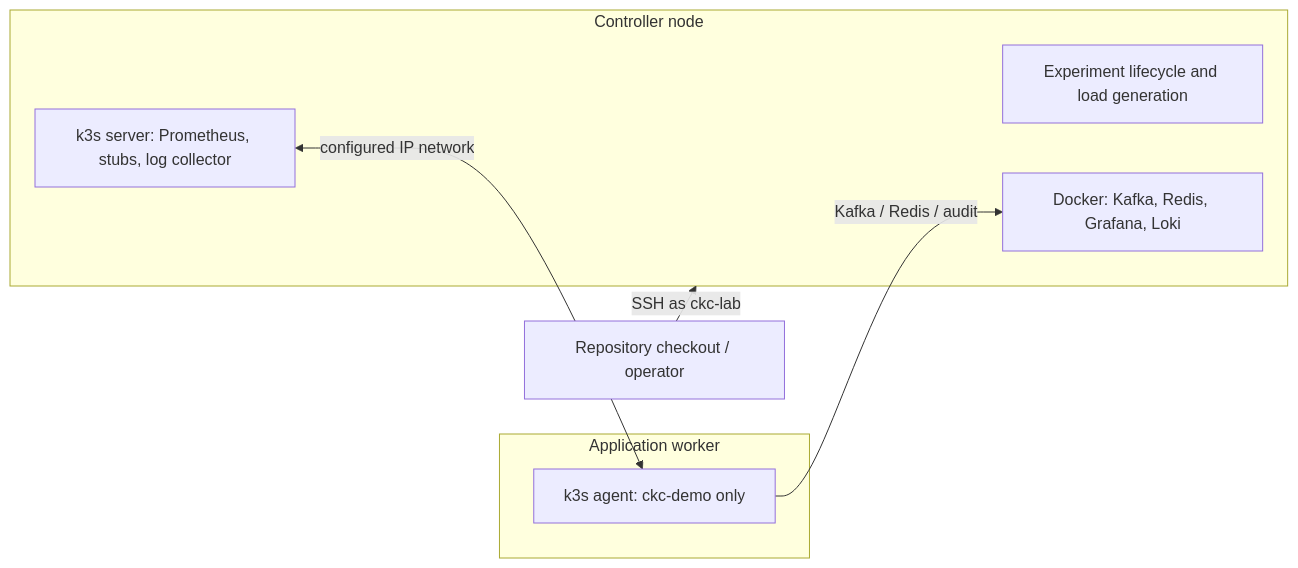
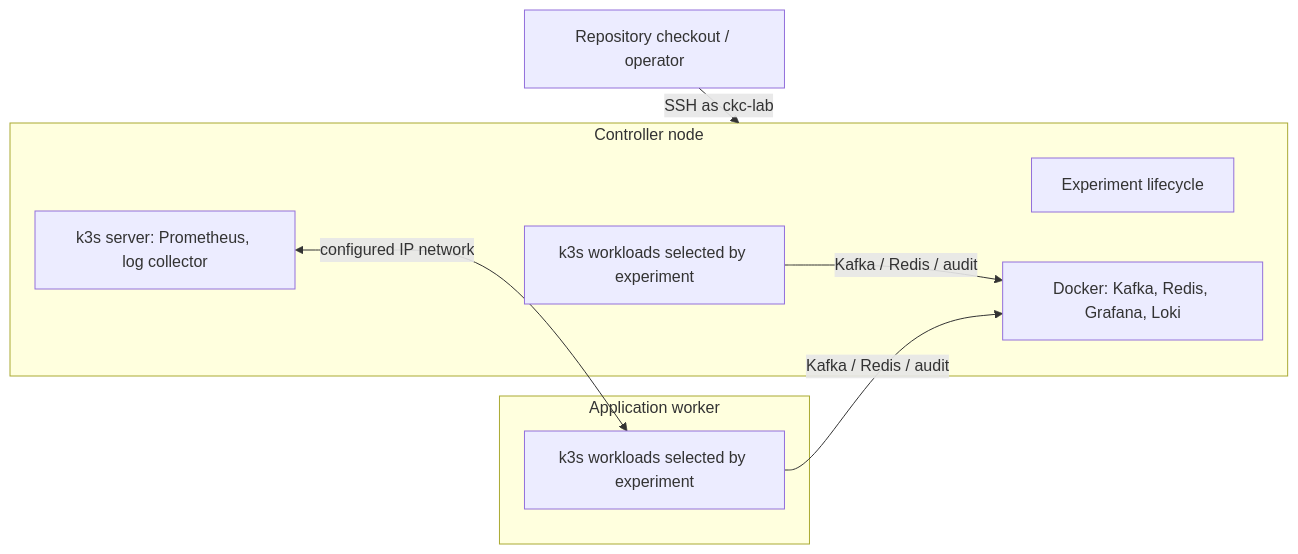
The diagram in demo/infra/internal-lab/README.md (avh-dev/coroutines-kafka-consumer), drawn with Mermaid before and after one commit. The commit also changed other lines of this file and 30 other files, not shown here.

````diff
--- a/demo/infra/internal-lab/README.md
+++ b/demo/infra/internal-lab/README.md
@@ -112,14 +112,16 @@
 ```mermaid
 flowchart LR
   operator[Repository checkout / operator] -->|SSH as ckc-lab| controller
   subgraph controller[Controller node]
-    lifecycle[Experiment lifecycle and load generation]
+    lifecycle[Experiment lifecycle]
     services[Docker: Kafka, Redis, Grafana, Loki]
-    controlplane[k3s server: Prometheus, stubs, log collector]
+    controlplane[k3s server: Prometheus, log collector]
+    controllerworkloads[k3s workloads selected by experiment]
   end
   subgraph worker[Application worker]
-    application[k3s agent: ckc-demo only]
+    workerworkloads[k3s workloads selected by experiment]
   end
-  controlplane <-->|configured IP network| application
-  application -->|Kafka / Redis / audit| services
+  controlplane <-->|configured IP network| workerworkloads
+  controllerworkloads -->|Kafka / Redis / audit| services
+  workerworkloads -->|Kafka / Redis / audit| services
 ```
````
